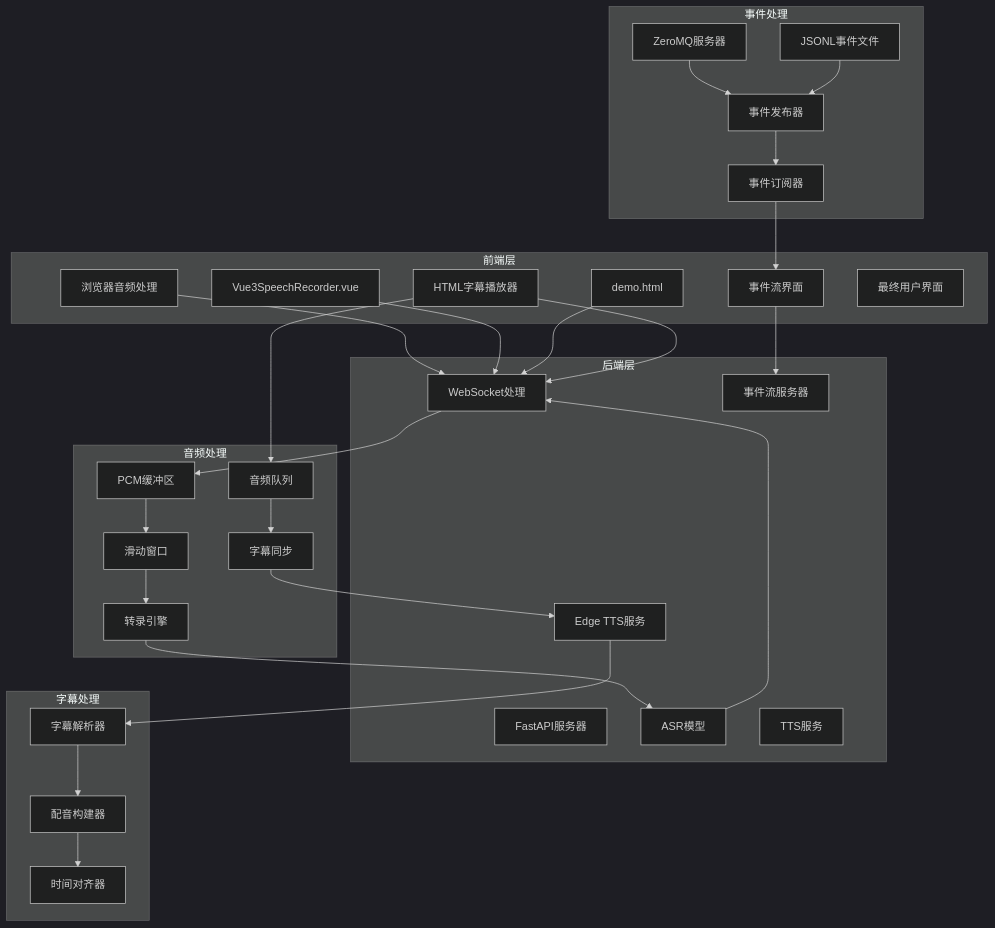
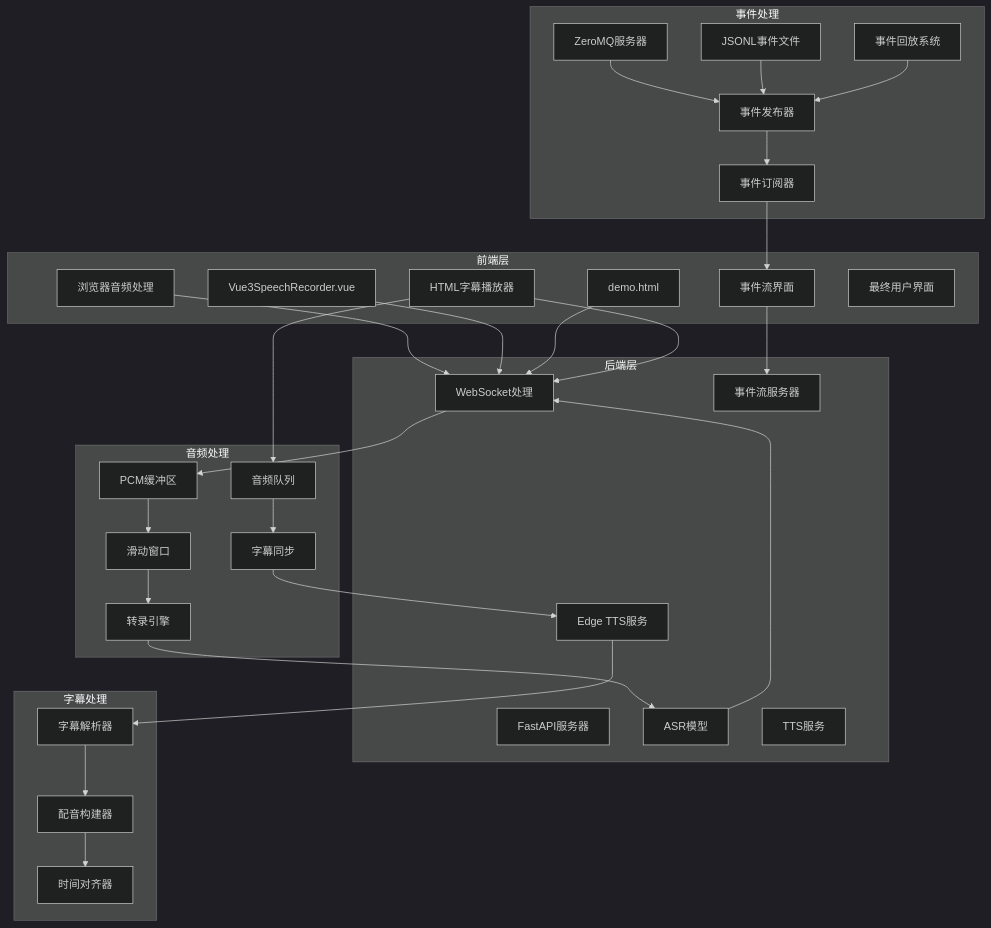
Before and after one commit to 1024dashen/Vue3Speech: the first of 16 diagrams in .qoder/repowiki/zh/content/后端服务架构/WebSocket实时处理.md, drawn with Mermaid (dark theme). The commit also changed other lines of this file and 15 other files, not shown here.

````diff
--- a/.qoder/repowiki/zh/content/后端服务架构/WebSocket实时处理.md
+++ b/.qoder/repowiki/zh/content/后端服务架构/WebSocket实时处理.md
@@ -66,57 +70,59 @@
 ```mermaid
 graph TB
 subgraph "前端层"
 Vue[Vue3SpeechRecorder.vue]
 Demo[demo.html]
 SubtitlePlayer[HTML字幕播放器]
 Browser[浏览器音频处理]
 EventUI[事件流界面]
 EndUser[最终用户界面]
 end
 subgraph "后端层"
 FastAPI[FastAPI服务器]
 WebSocket[WebSocket处理]
 ASR[ASR模型]
 TTS[TTS服务]
 EventServer[事件流服务器]
 EdgeTTS[Edge TTS服务]
 end
 subgraph "音频处理"
 Buffer[PCM缓冲区]
 Window[滑动窗口]
 Transcribe[转录引擎]
 AudioQueue[音频队列]
 SubtitleSync[字幕同步]
 end
 subgraph "事件处理"
 ZMQServer[ZeroMQ服务器]
 EventPublisher[事件发布器]
 EventSubscriber[事件订阅器]
 EventFile[JSONL事件文件]
+EventReplay[事件回放系统]
 end
 subgraph "字幕处理"
 SubtitleParser[字幕解析器]
 VoiceoverBuilder[配音构建器]
 TimeAligner[时间对齐器]
 end
 Browser --> WebSocket
 Vue --> WebSocket
 Demo --> WebSocket
 SubtitlePlayer --> WebSocket
 EventUI --> EventServer
 WebSocket --> Buffer
 Buffer --> Window
 Window --> Transcribe
 Transcribe --> ASR
 ASR --> WebSocket
 ZMQServer --> EventPublisher
 EventPublisher --> EventSubscriber
 EventFile --> EventPublisher
+EventReplay --> EventPublisher
 EventSubscriber --> EventUI
 SubtitlePlayer --> AudioQueue
 AudioQueue --> SubtitleSync
 SubtitleSync --> EdgeTTS
 EdgeTTS --> SubtitleParser
 SubtitleParser --> VoiceoverBuilder
 VoiceoverBuilder --> TimeAligner
 ```
````
